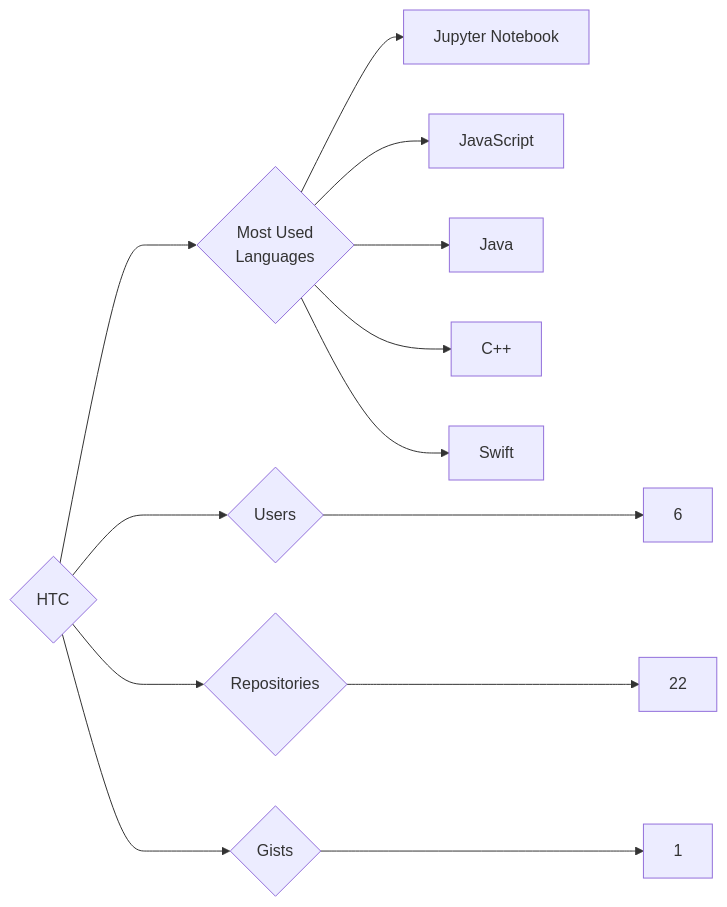
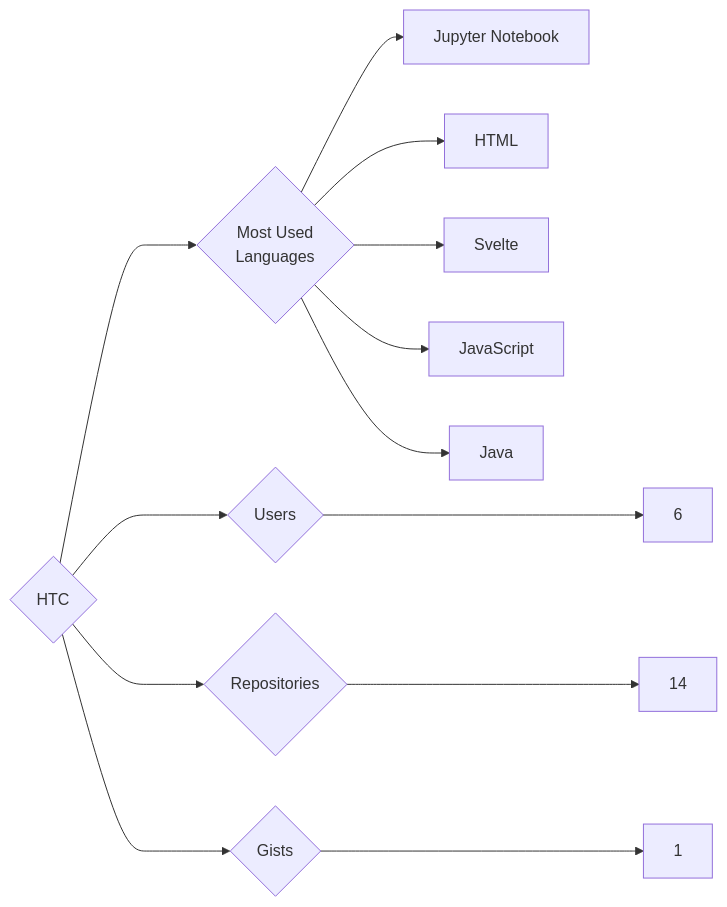
Before and after one commit to trickest/insiders: the diagram in targets/HTC/README.md, drawn with Mermaid. The commit also changed 1007 other files, not shown here.

````diff
--- a/targets/HTC/README.md
+++ b/targets/HTC/README.md
@@ -3,13 +3,13 @@
 ```mermaid
 graph LR
 COMPANY_NAME{HTC}
 COMPANY_NAME ---> U{Users} ---> UN[6]
-COMPANY_NAME ---> R{Repositories} ---> RN[22]
+COMPANY_NAME ---> R{Repositories} ---> RN[14]
 COMPANY_NAME ---> G{Gists} ---> GN[1]
 COMPANY_NAME ---> ML{Most Used<br>Languages}
 ML --> Jupyter_Notebook[Jupyter Notebook]
+ML --> HTML[HTML]
+ML --> Svelte[Svelte]
 ML --> JavaScript[JavaScript]
 ML --> Java[Java]
-ML --> C++[C++]
-ML --> Swift[Swift]
 ```
````
